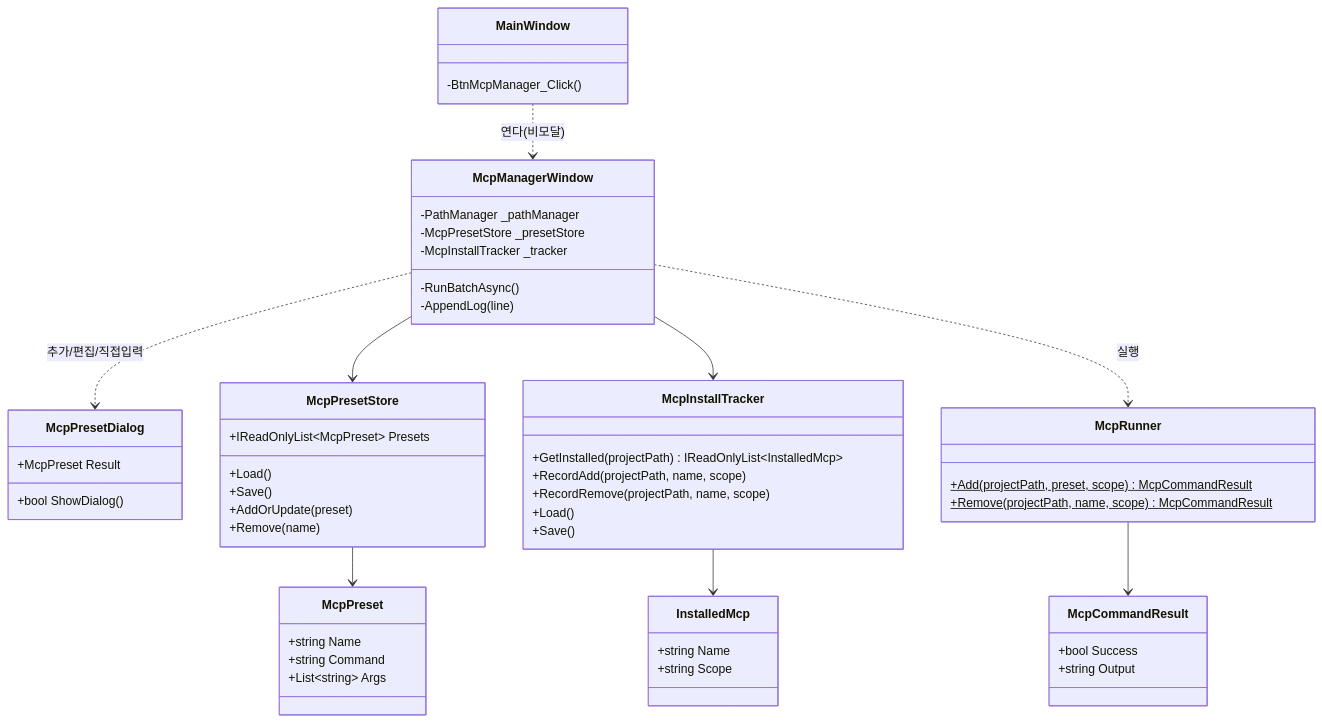
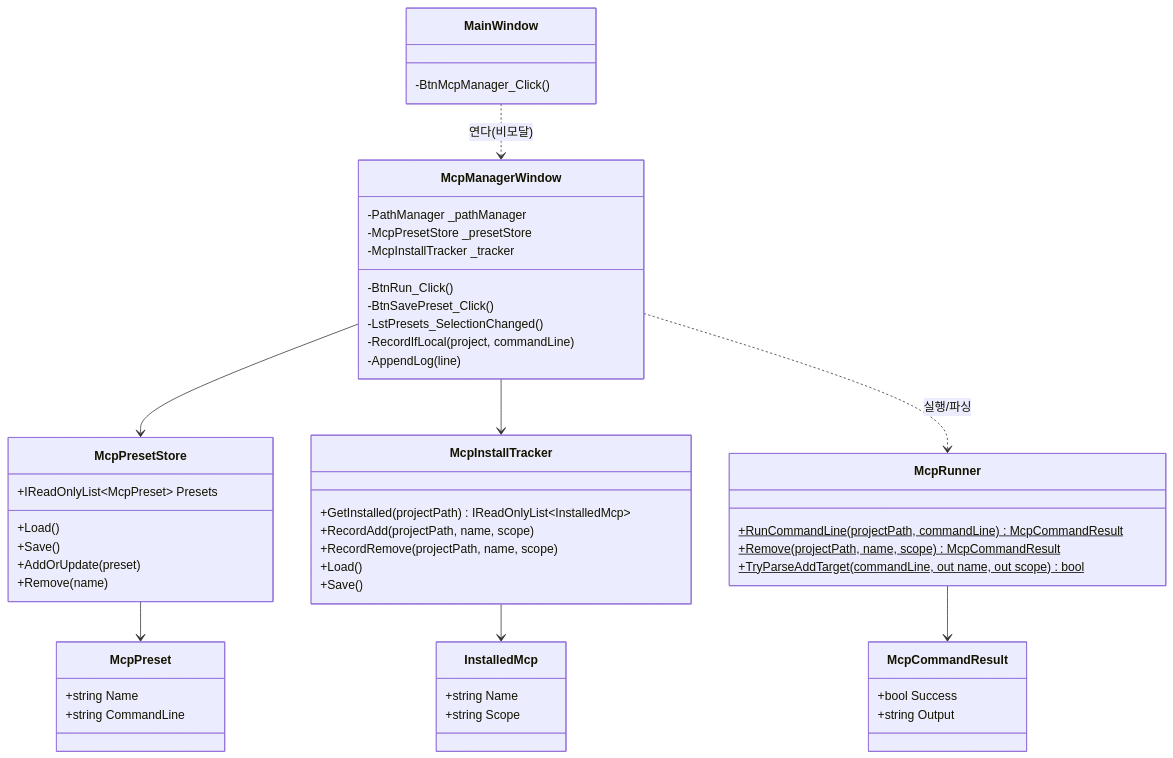
Before and after one commit to hendlake8/claude-code-helper-tool: the third of 6 diagrams in Docs/DEVELOPMENT/Dev/Launcher/LAUNCHER_DESIGN.md, drawn with Mermaid. The commit also changed other lines of this file and 10 other files, not shown here.

````diff
--- a/Docs/DEVELOPMENT/Dev/Launcher/LAUNCHER_DESIGN.md
+++ b/Docs/DEVELOPMENT/Dev/Launcher/LAUNCHER_DESIGN.md
@@ -258,56 +262,54 @@
 ```mermaid
 classDiagram
     class MainWindow {
         -BtnMcpManager_Click()
     }
     class McpManagerWindow {
         -PathManager _pathManager
         -McpPresetStore _presetStore
         -McpInstallTracker _tracker
-        -RunBatchAsync()
+        -BtnRun_Click()
+        -BtnSavePreset_Click()
+        -LstPresets_SelectionChanged()
+        -RecordIfLocal(project, commandLine)
         -AppendLog(line)
-    }
-    class McpPresetDialog {
-        +McpPreset Result
-        +bool ShowDialog()
     }
     class McpPreset {
         +string Name
-        +string Command
-        +List~string~ Args
+        +string CommandLine
     }
     class McpPresetStore {
         +IReadOnlyList~McpPreset~ Presets
         +Load()
         +Save()
         +AddOrUpdate(preset)
         +Remove(name)
     }
     class InstalledMcp {
         +string Name
         +string Scope
     }
     class McpInstallTracker {
         +GetInstalled(projectPath) IReadOnlyList~InstalledMcp~
         +RecordAdd(projectPath, name, scope)
         +RecordRemove(projectPath, name, scope)
         +Load()
         +Save()
     }
     class McpRunner {
-        +Add(projectPath, preset, scope)$ McpCommandResult
+        +RunCommandLine(projectPath, commandLine)$ McpCommandResult
         +Remove(projectPath, name, scope)$ McpCommandResult
+        +TryParseAddTarget(commandLine, out name, out scope)$ bool
     }
     class McpCommandResult {
         +bool Success
         +string Output
     }
     MainWindow ..> McpManagerWindow : 연다(비모달)
     McpManagerWindow --> McpPresetStore
     McpManagerWindow --> McpInstallTracker
-    McpManagerWindow ..> McpRunner : 실행
-    McpManagerWindow ..> McpPresetDialog : 추가/편집/직접입력
+    McpManagerWindow ..> McpRunner : 실행/파싱
     McpPresetStore --> McpPreset
     McpInstallTracker --> InstalledMcp
     McpRunner --> McpCommandResult
 ```
````
